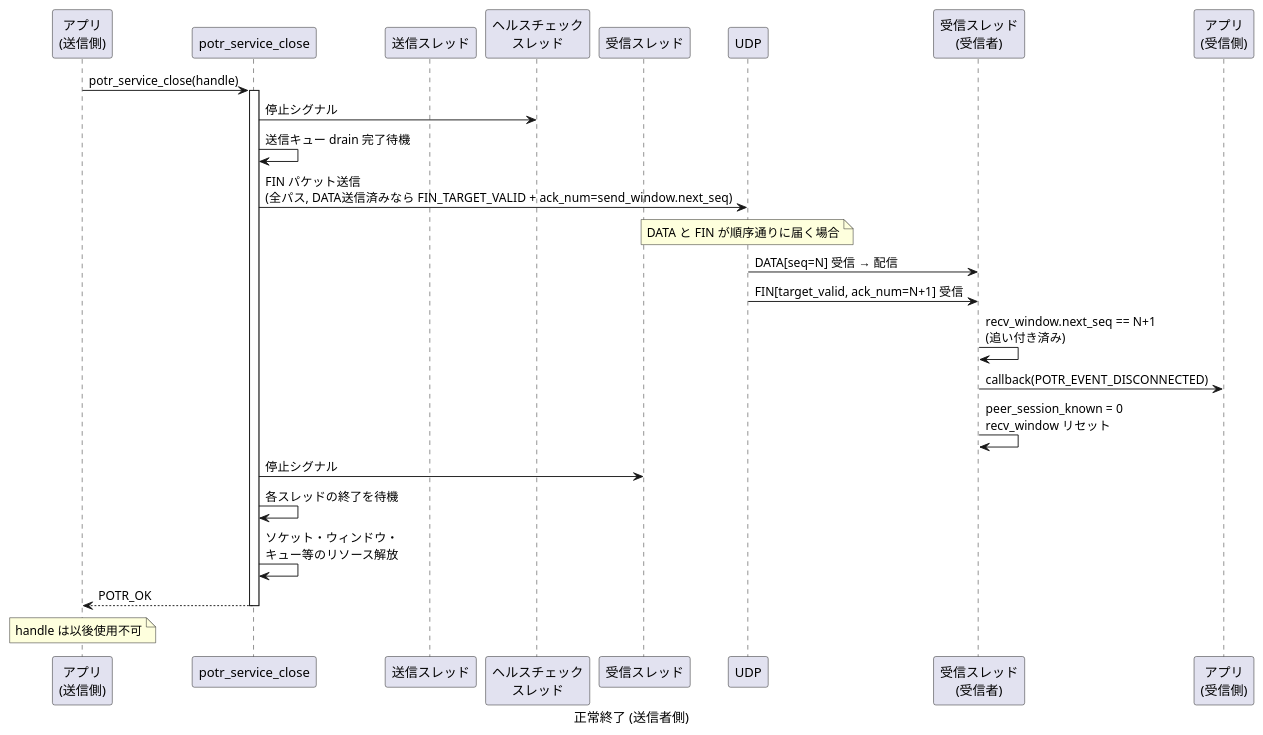
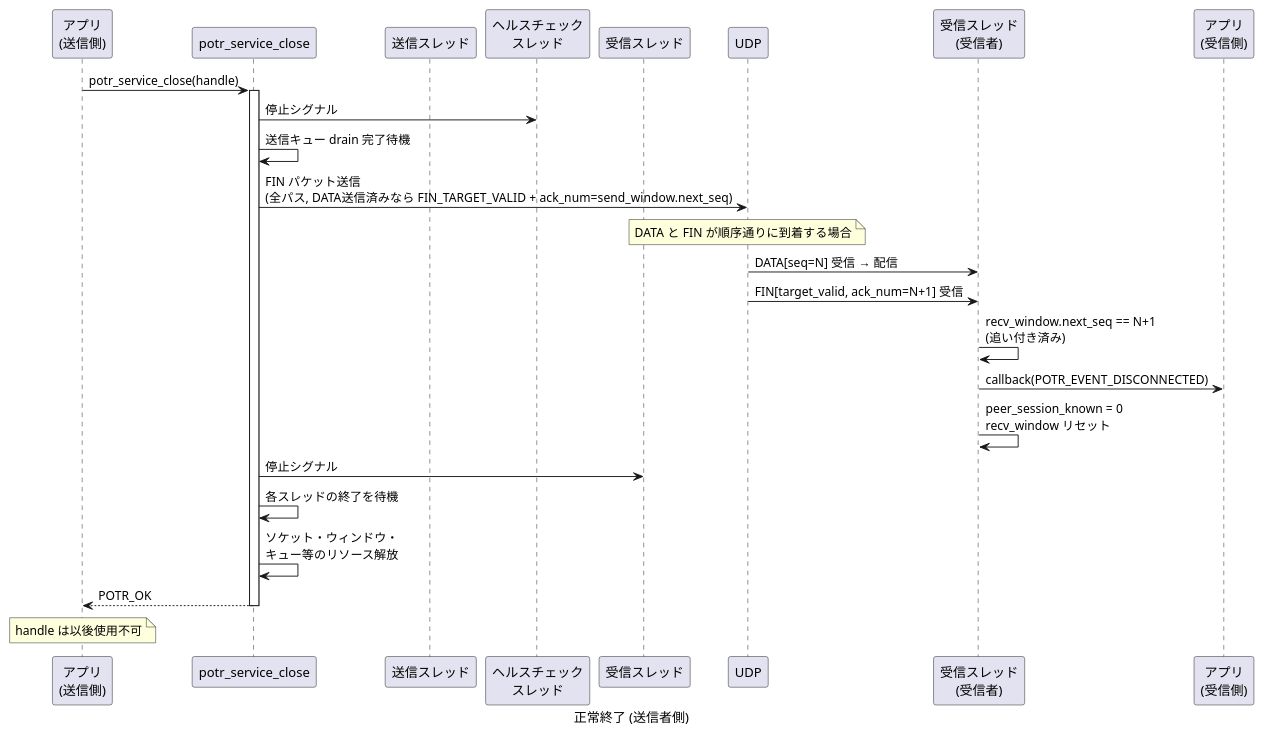
Before and after one commit to Hondarer/app_porter: the third of 6 diagrams in docs/sequence-lifecycle.md, drawn with PlantUML. The commit also changed other lines of this file and 39 other files, not shown here.

````diff
--- a/docs/sequence-lifecycle.md
+++ b/docs/sequence-lifecycle.md
@@ -83,40 +83,40 @@
 ```plantuml
 @startuml 正常終了 (送信者側)
 caption 正常終了 (送信者側)
 
 participant "アプリ\n(送信側)" as SAPP
 participant "potr_service_close" as CLOSE
 participant "送信スレッド" as ST
 participant "ヘルスチェック\nスレッド" as HT
 participant "受信スレッド" as RT
 participant "UDP" as UDP
 participant "受信スレッド\n(受信者)" as RRT
 participant "アプリ\n(受信側)" as RAPP
 
 SAPP -> CLOSE: potr_service_close(handle)
 activate CLOSE
 
 CLOSE -> HT: 停止シグナル
 CLOSE -> CLOSE: 送信キュー drain 完了待機
 
 CLOSE -> UDP: FIN パケット送信\n(全パス, DATA送信済みなら FIN_TARGET_VALID + ack_num=send_window.next_seq)
 
-note over UDP: DATA と FIN が順序通りに届く場合
+note over UDP: DATA と FIN が順序通りに到着する場合
 UDP -> RRT: DATA[seq=N] 受信 → 配信
 UDP -> RRT: FIN[target_valid, ack_num=N+1] 受信
 RRT -> RRT: recv_window.next_seq == N+1\n(追い付き済み)
 RRT -> RAPP: callback(POTR_EVENT_DISCONNECTED)
 RRT -> RRT: peer_session_known = 0\nrecv_window リセット
 
 CLOSE -> RT: 停止シグナル
 
 CLOSE -> CLOSE: 各スレッドの終了を待機
 CLOSE -> CLOSE: ソケット・ウィンドウ・\nキュー等のリソース解放
 
 CLOSE --> SAPP: POTR_OK
 deactivate CLOSE
 
 note over SAPP: handle は以後使用不可
 
 @enduml
 ```
````
